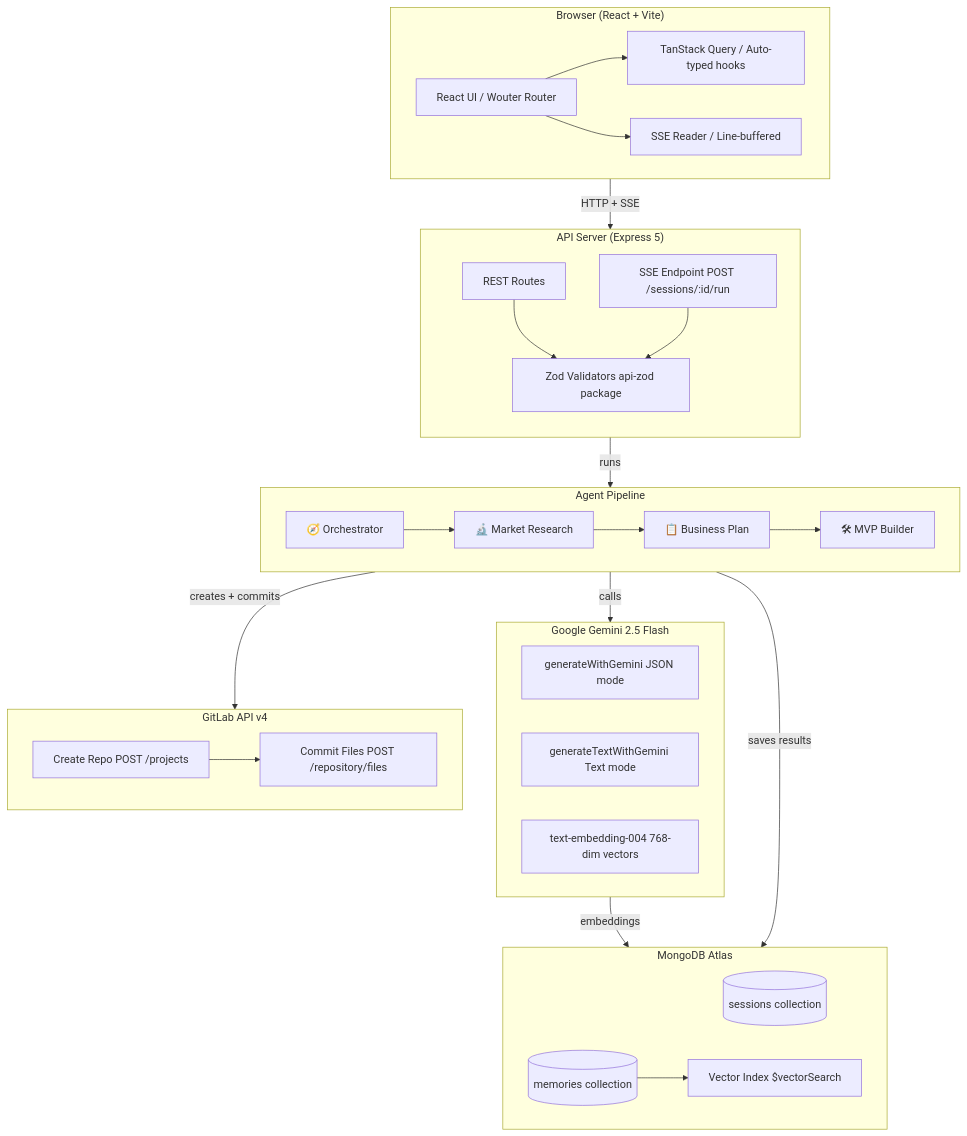
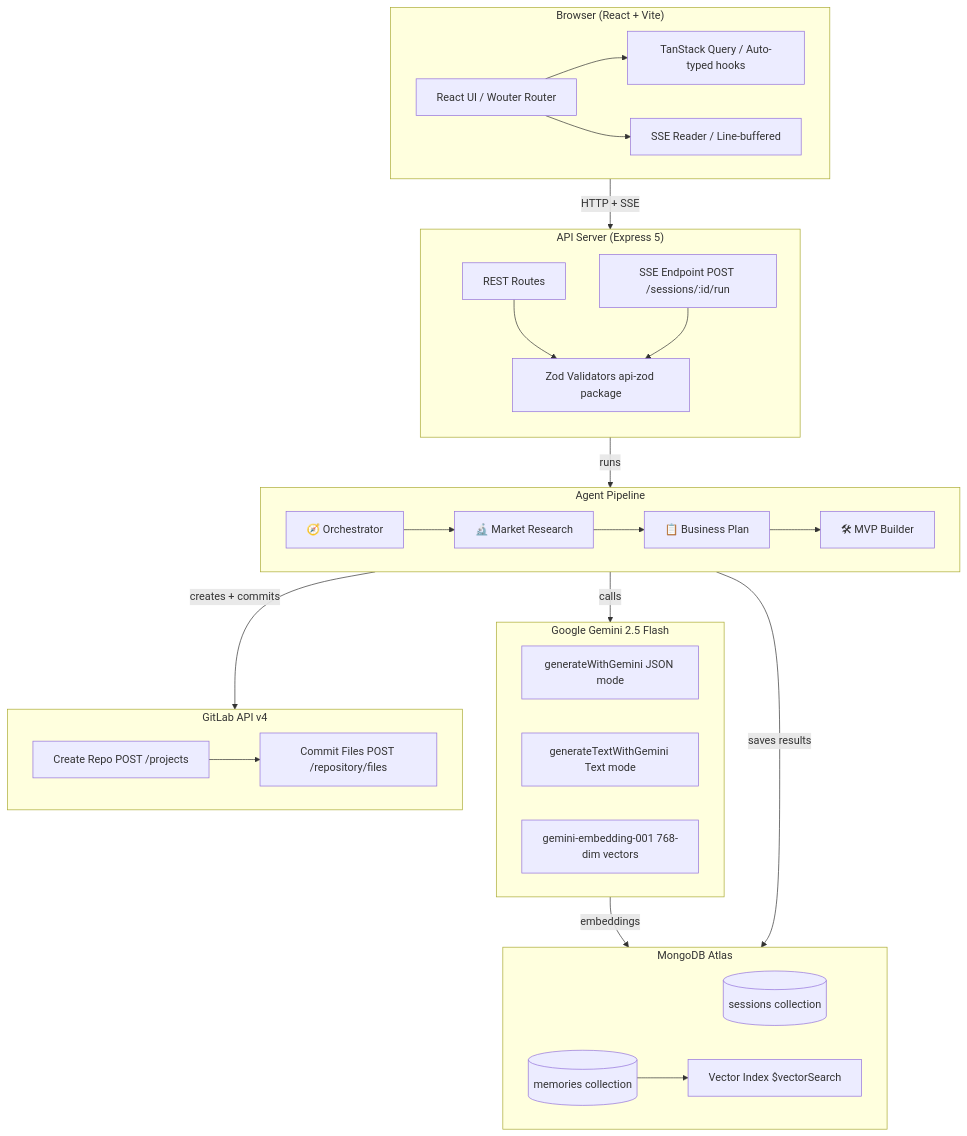
The first of 6 diagrams in README.md (muhammad-hameed-ai/FounderAI), drawn with Mermaid before and after one commit. The commit also changed other lines of this file and 7 other files, not shown here.

````diff
--- a/README.md
+++ b/README.md
@@ -91,54 +91,54 @@
 ```mermaid
 graph TB
     subgraph Browser["Browser (React + Vite)"]
         UI["React UI / Wouter Router"]
         RQ["TanStack Query / Auto-typed hooks"]
         SSE["SSE Reader / Line-buffered"]
         UI --> RQ
         UI --> SSE
     end
 
     subgraph API["API Server (Express 5)"]
         direction TB
         ROUTES["REST Routes"]
         STREAM["SSE Endpoint POST /sessions/:id/run"]
         ZOD["Zod Validators api-zod package"]
         ROUTES --> ZOD
         STREAM --> ZOD
     end
 
     subgraph Agents["Agent Pipeline"]
         direction LR
         O["🧭 Orchestrator"]
         R["🔬 Market Research"]
         B["📋 Business Plan"]
         M["🛠 MVP Builder"]
         O --> R --> B --> M
     end
 
     subgraph Gemini["Google Gemini 2.5 Flash"]
         GEN["generateWithGemini JSON mode"]
         TEXT["generateTextWithGemini Text mode"]
-        EMBED["text-embedding-004 768-dim vectors"]
+        EMBED["gemini-embedding-001 768-dim vectors"]
     end
 
     subgraph Storage["MongoDB Atlas"]
         SESSIONS[("sessions collection")]
         MEMORIES[("memories collection")]
         VECTOR["Vector Index $vectorSearch"]
         MEMORIES --> VECTOR
     end
 
     subgraph GitLab["GitLab API v4"]
         REPO["Create Repo POST /projects"]
         COMMIT["Commit Files POST /repository/files"]
         REPO --> COMMIT
     end
 
     Browser -->|HTTP + SSE| API
     STREAM -->|runs| Agents
     Agents -->|calls| Gemini
     Gemini -->|embeddings| Storage
     Agents -->|saves results| Storage
     M -->|creates + commits| GitLab
 ```
````
